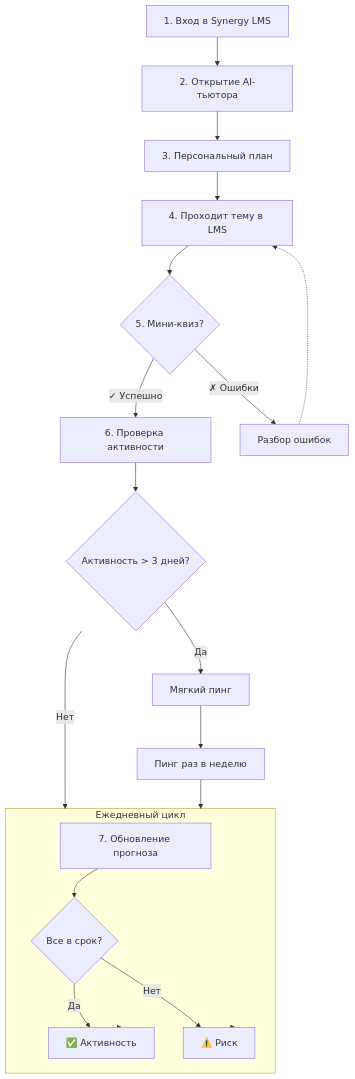
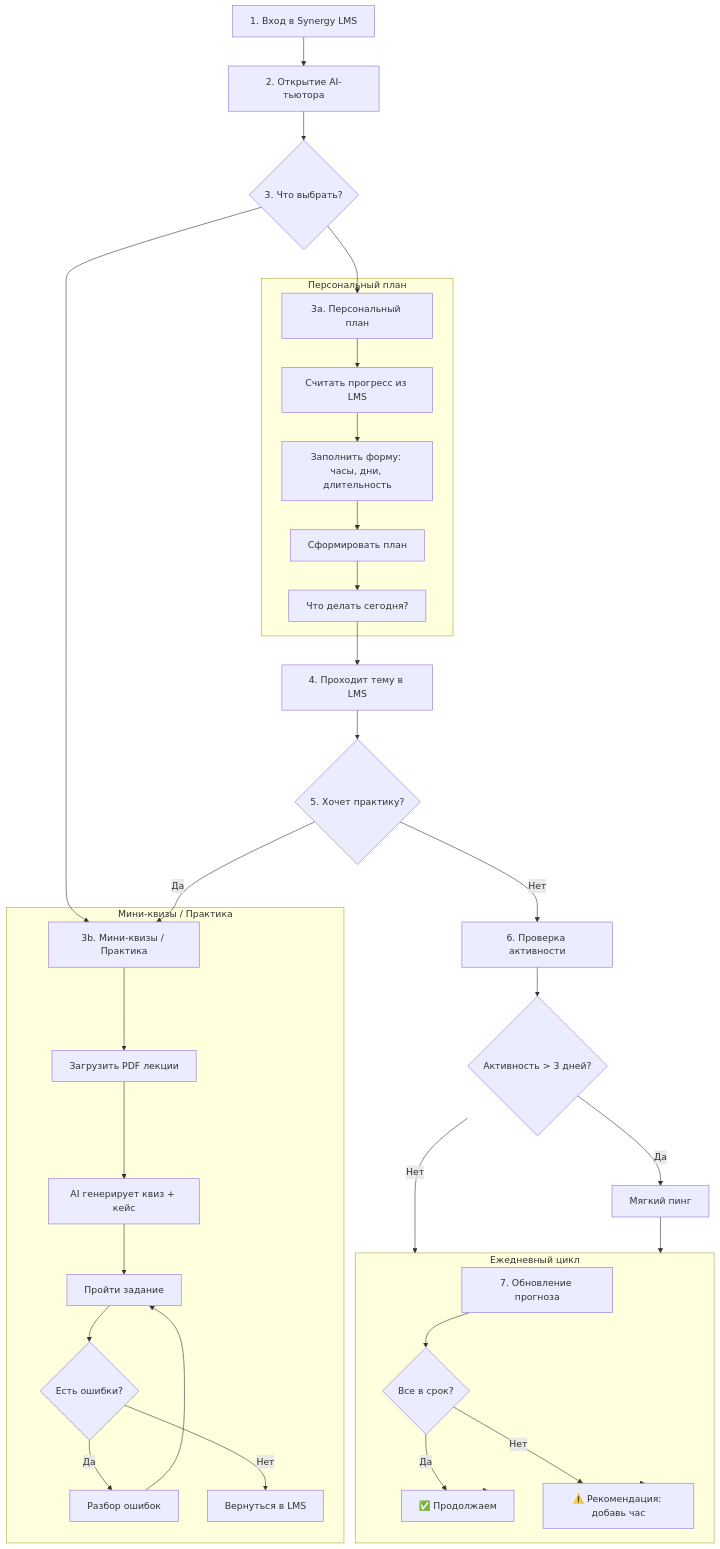
The diagram in docs/user-flow.md (Remener99/ai_tutor_extension), drawn with Mermaid before and after one commit. The commit also changed other lines of this file, not shown here.

````diff
--- a/docs/user-flow.md
+++ b/docs/user-flow.md
@@ -5,25 +5,43 @@
 ```mermaid
 flowchart TD
     A[1. Вход в Synergy LMS] --> B[2. Открытие AI-тьютора]
-    B --> C[3. Персональный план]
-    C --> D[4. Проходит тему в LMS]
-    D --> E{5. Мини-квиз?}
-    E -- ✓ Успешно --> F[6. Проверка активности]
-    E -- ✗ Ошибки --> G[Разбор ошибок]
-    G -.-> D
-    
-    F --> L{Активность > 3 дней?}
-    L -- Нет --> H
-    L -- Да --> M[Мягкий пинг]
-    M --> N[Пинг раз в неделю]
-    
-    subgraph H[Ежедневный цикл]
-        I[7. Обновление прогноза] --> J{Все в срок?}
-        J -- Да --> K[✅ Активность]
-        J -- Нет --> O[⚠️ Риск]
+    B --> C{3. Что выбрать?}
+    C --> D[3a. Персональный план]
+    C --> E[3b. Мини-квизы / Практика]
+
+    subgraph D_Logic[Персональный план]
+        D --> D1[Считать прогресс из LMS]
+        D1 --> D2[Заполнить форму: часы, дни, длительность]
+        D2 --> D3[Сформировать план]
+        D3 --> D4["Что делать сегодня?"]
     end
-    
-    N --> H
-    K --> H
-    O --> H
+
+    subgraph E_Logic[Мини-квизы / Практика]
+        E --> E1[Загрузить PDF лекции]
+        E1 --> E2[AI генерирует квиз + кейс]
+        E2 --> E3[Пройти задание]
+        E3 --> E4{Есть ошибки?}
+        E4 -- Да --> E5[Разбор ошибок]
+        E5 --> E3
+        E4 -- Нет --> F[Вернуться в LMS]
+    end
+
+    D4 --> G[4. Проходит тему в LMS]
+    G --> H{5. Хочет практику?}
+    H -- Да --> E
+    H -- Нет --> I[6. Проверка активности]
+
+    I --> J{Активность > 3 дней?}
+    J -- Нет --> K
+    J -- Да --> L[Мягкий пинг]
+
+    subgraph K[Ежедневный цикл]
+        M[7. Обновление прогноза] --> N{Все в срок?}
+        N -- Да --> O[✅ Продолжаем]
+        N -- Нет --> P[⚠️ Рекомендация: добавь час]
+    end
+
+    L --> K
+    O --> K
+    P --> K
 ```
````
